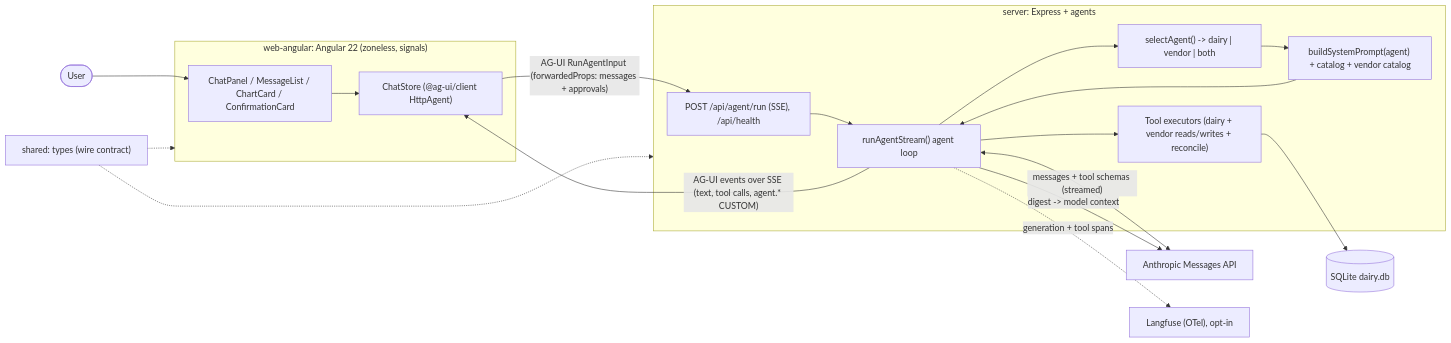
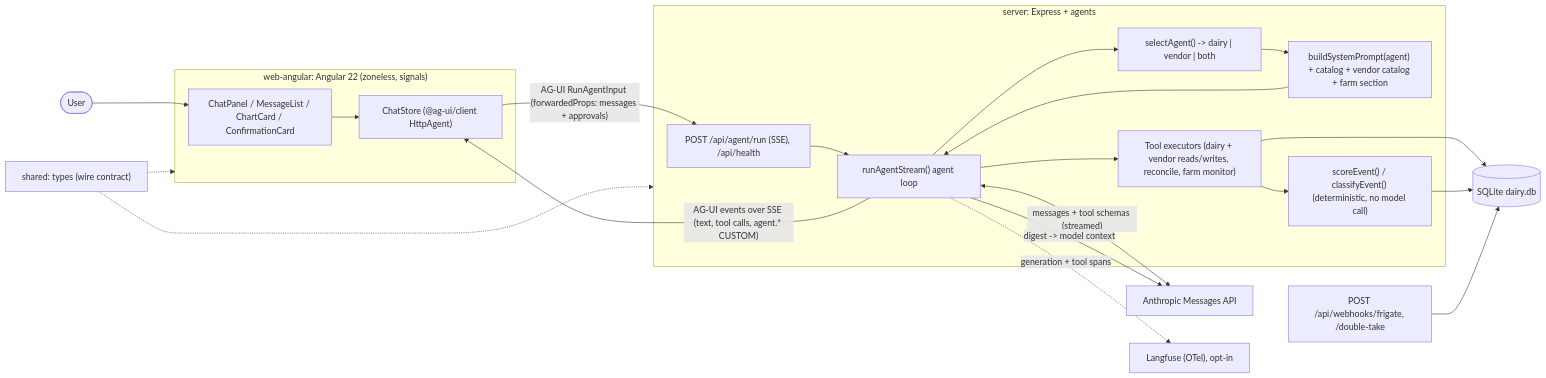
The first of 7 diagrams in docs/PROJECT_OVERVIEW.md (i-adnanali/dairy-360), drawn with Mermaid before and after one commit. The commit also changed other lines of this file and 21 other files, not shown here.

````diff
--- a/docs/PROJECT_OVERVIEW.md
+++ b/docs/PROJECT_OVERVIEW.md
@@ -47,38 +47,44 @@
 ```mermaid
 flowchart LR
     User(["User"])
 
     subgraph web ["web-angular: Angular 22 (zoneless, signals)"]
         UI["ChatPanel / MessageList / ChartCard / ConfirmationCard"]
         Store["ChatStore (@ag-ui/client HttpAgent)"]
     end
 
     subgraph server [server: Express + agents]
         Route["POST /api/agent/run (SSE), /api/health"]
         Loop["runAgentStream() agent loop"]
         Dispatch["selectAgent() -> dairy | vendor | both"]
-        Tools["Tool executors (dairy + vendor reads/writes + reconcile)"]
-        Prompt["buildSystemPrompt(agent) + catalog + vendor catalog"]
+        Tools["Tool executors (dairy + vendor reads/writes, reconcile, farm monitor)"]
+        Prompt["buildSystemPrompt(agent) + catalog + vendor catalog + farm section"]
+        Classify["scoreEvent() / classifyEvent() (deterministic, no model call)"]
     end
+
+    Webhooks["POST /api/webhooks/frigate, /double-take"]
 
     SQLite[("SQLite dairy.db")]
     Anthropic["Anthropic Messages API"]
     Langfuse["Langfuse (OTel), opt-in"]
 
     User --> UI --> Store
     Store -->|"AG-UI RunAgentInput (forwardedProps: messages + approvals)"| Route
     Route --> Loop
     Loop <-->|"messages + tool schemas (streamed)"| Anthropic
     Loop --> Dispatch
     Loop --> Tools
     Dispatch --> Prompt
     Prompt --> Loop
     Tools --> SQLite
+    Tools --> Classify
+    Classify --> SQLite
+    Webhooks --> SQLite
     Loop -->|"digest -> model context"| Anthropic
     Loop -->|"AG-UI events over SSE (text, tool calls, agent.* CUSTOM)"| Store
     Loop -.->|"generation + tool spans"| Langfuse
 
     shared["shared: types (wire contract)"]
     shared -.-> web
     shared -.-> server
 ```
````
